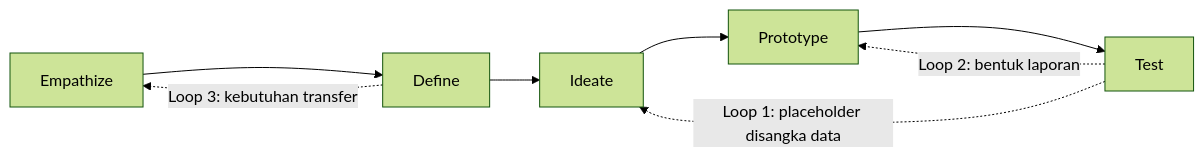
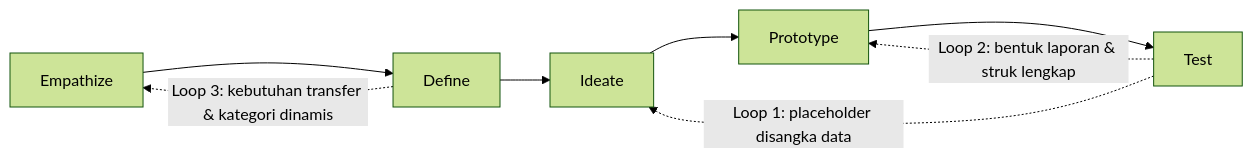
One commit to umaralf2735/Tabungan changed the third of 3 diagrams in README.md. Above: the diagram before and after it, drawn with Mermaid (forest theme). The commit also changed other lines of this file, not shown here.

````diff
--- a/README.md
+++ b/README.md
@@ -258,10 +292,10 @@
 ```mermaid
 graph LR
     E[Empathize] --> D[Define]
     D --> I[Ideate]
     I --> P[Prototype]
     P --> T[Test]
     T -.->|Loop 1: placeholder disangka data| I
-    T -.->|Loop 2: bentuk laporan| P
-    D -.->|Loop 3: kebutuhan transfer| E
+    T -.->|Loop 2: bentuk laporan & struk lengkap| P
+    D -.->|Loop 3: kebutuhan transfer & kategori dinamis| E
 ```
````
